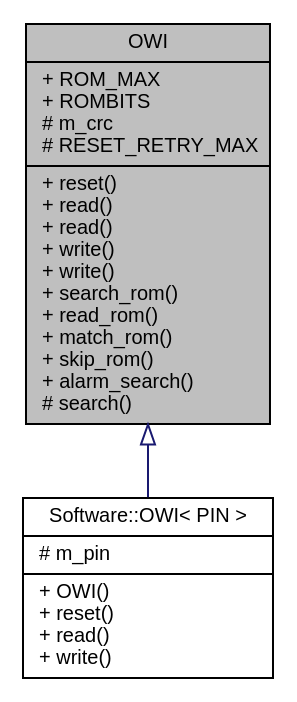
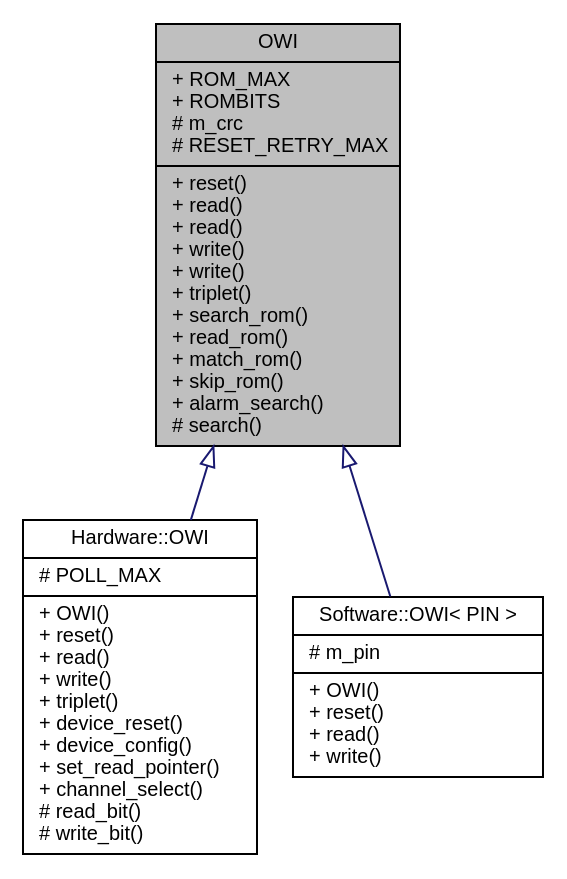
One commit to mikaelpatel/mikaelpatel.github.io changed the diagram in Arduino-OWI/da/d5e/classOWI__inherit__graph.dot. Above: the diagram before and after it, drawn with Graphviz. The commit also changed 294 other files, not shown here.

Commit message:
Adding support for hardware (DS2482) based OWI bus manager

```diff
--- a/Arduino-OWI/da/d5e/classOWI__inherit__graph.dot
+++ b/Arduino-OWI/da/d5e/classOWI__inherit__graph.dot
@@ -1,8 +1,10 @@
 digraph "OWI"
 {
   edge [fontname="Helvetica",fontsize="10",labelfontname="Helvetica",labelfontsize="10"];
   node [fontname="Helvetica",fontsize="10",shape=record];
-  Node1 [label="{OWI\n|+ ROM_MAX\l+ ROMBITS\l# m_crc\l# RESET_RETRY_MAX\l|+ reset()\l+ read()\l+ read()\l+ write()\l+ write()\l+ search_rom()\l+ read_rom()\l+ match_rom()\l+ skip_rom()\l+ alarm_search()\l# search()\l}",height=0.2,width=0.4,color="black", fillcolor="grey75", style="filled", fontcolor="black"];
+  Node1 [label="{OWI\n|+ ROM_MAX\l+ ROMBITS\l# m_crc\l# RESET_RETRY_MAX\l|+ reset()\l+ read()\l+ read()\l+ write()\l+ write()\l+ triplet()\l+ search_rom()\l+ read_rom()\l+ match_rom()\l+ skip_rom()\l+ alarm_search()\l# search()\l}",height=0.2,width=0.4,color="black", fillcolor="grey75", style="filled", fontcolor="black"];
   Node1 -> Node2 [dir="back",color="midnightblue",fontsize="10",style="solid",arrowtail="onormal",fontname="Helvetica"];
-  Node2 [label="{Software::OWI\< PIN \>\n|# m_pin\l|+ OWI()\l+ reset()\l+ read()\l+ write()\l}",height=0.2,width=0.4,color="black", fillcolor="white", style="filled",URL="$d0/de1/classSoftware_1_1OWI.html"];
+  Node2 [label="{Hardware::OWI\n|# POLL_MAX\l|+ OWI()\l+ reset()\l+ read()\l+ write()\l+ triplet()\l+ device_reset()\l+ device_config()\l+ set_read_pointer()\l+ channel_select()\l# read_bit()\l# write_bit()\l}",height=0.2,width=0.4,color="black", fillcolor="white", style="filled",URL="$d3/d22/classHardware_1_1OWI.html"];
+  Node1 -> Node3 [dir="back",color="midnightblue",fontsize="10",style="solid",arrowtail="onormal",fontname="Helvetica"];
+  Node3 [label="{Software::OWI\< PIN \>\n|# m_pin\l|+ OWI()\l+ reset()\l+ read()\l+ write()\l}",height=0.2,width=0.4,color="black", fillcolor="white", style="filled",URL="$d0/de1/classSoftware_1_1OWI.html"];
 }
```
